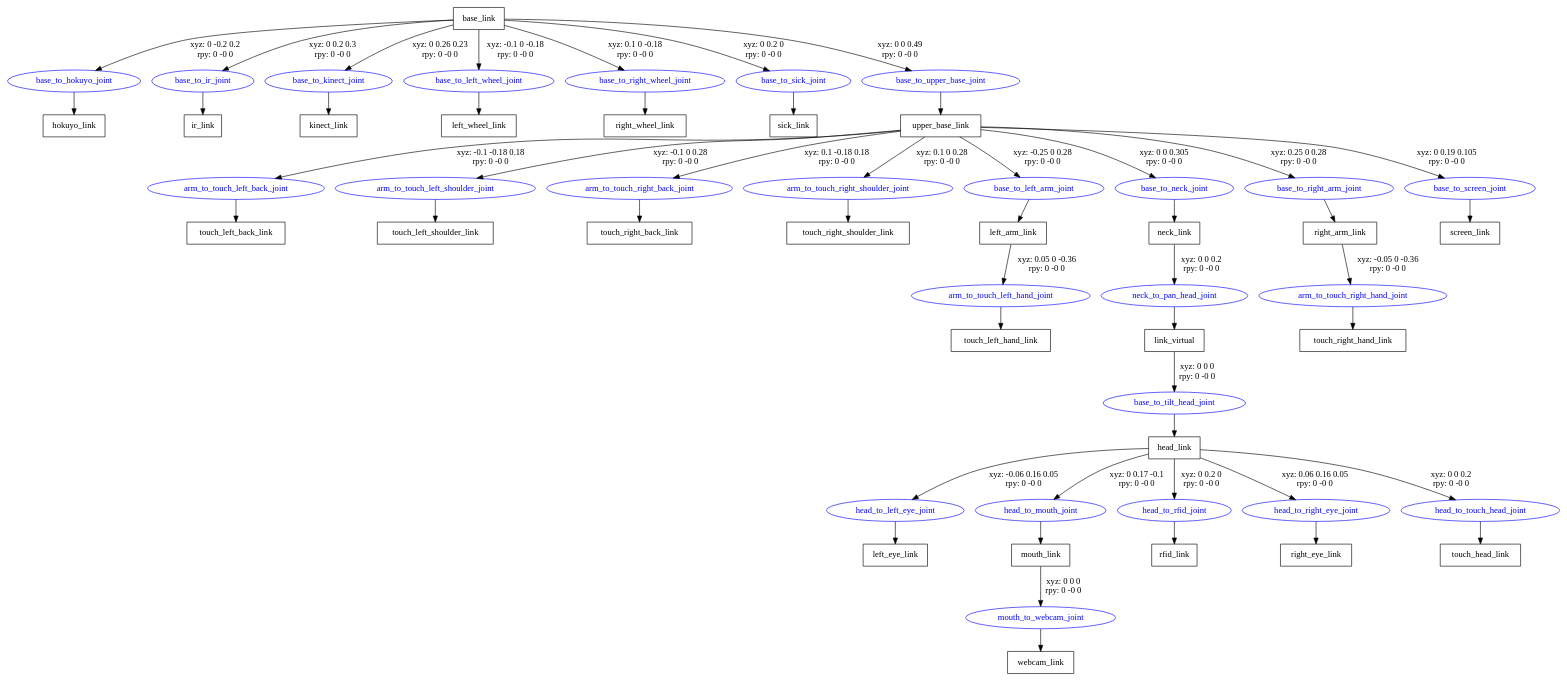
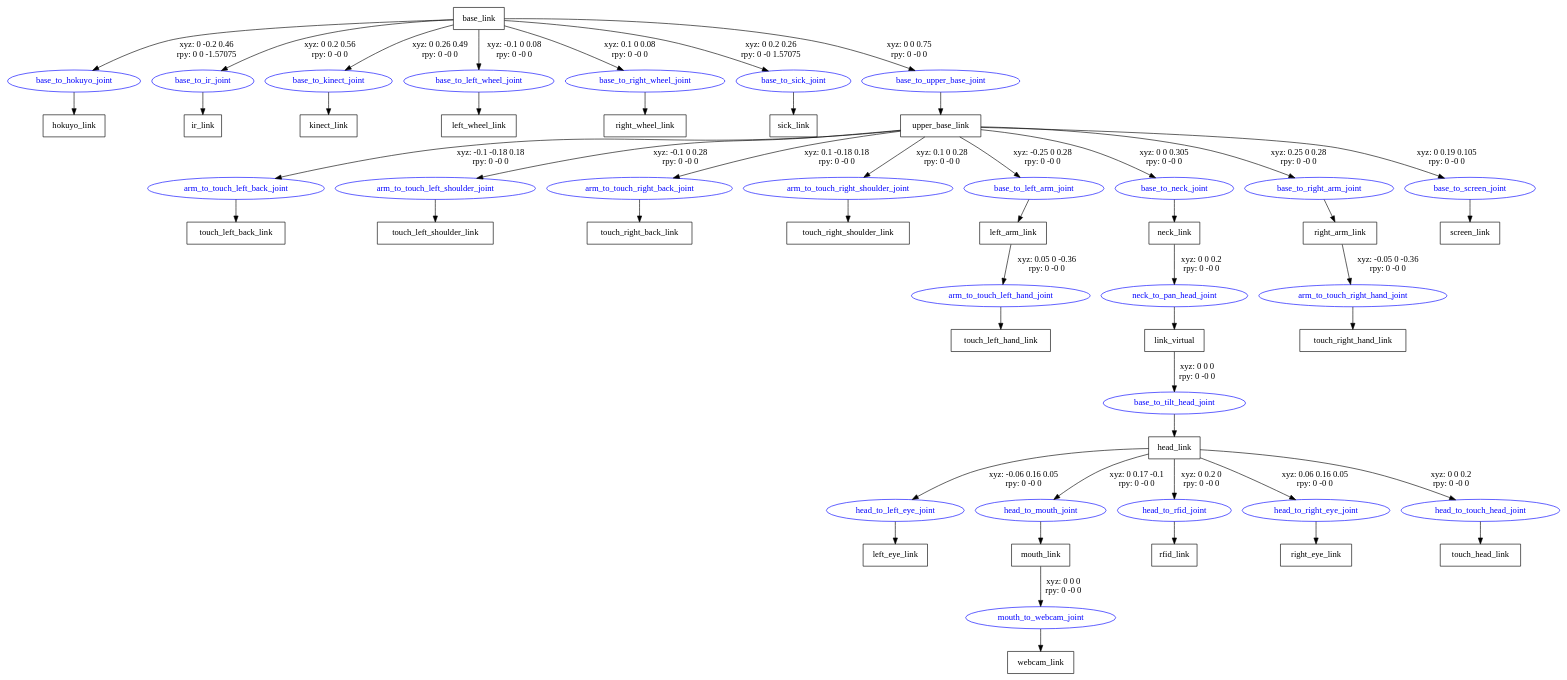
The diagram in maggie_description/tree/maggie.gv (UC3MSocialRobots/maggie_robot), drawn with Graphviz before and after one commit. The commit also changed 1 other file, not shown here.

```diff
--- a/maggie_description/tree/maggie.gv
+++ b/maggie_description/tree/maggie.gv
@@ -1,80 +1,80 @@
 digraph G {
 node [shape=box];
 "base_link" [label="base_link"];
 "hokuyo_link" [label="hokuyo_link"];
 "ir_link" [label="ir_link"];
 "kinect_link" [label="kinect_link"];
 "left_wheel_link" [label="left_wheel_link"];
 "right_wheel_link" [label="right_wheel_link"];
 "sick_link" [label="sick_link"];
 "upper_base_link" [label="upper_base_link"];
 "touch_left_back_link" [label="touch_left_back_link"];
 "touch_left_shoulder_link" [label="touch_left_shoulder_link"];
 "touch_right_back_link" [label="touch_right_back_link"];
 "touch_right_shoulder_link" [label="touch_right_shoulder_link"];
 "left_arm_link" [label="left_arm_link"];
 "touch_left_hand_link" [label="touch_left_hand_link"];
 "neck_link" [label="neck_link"];
 "link_virtual" [label="link_virtual"];
 "head_link" [label="head_link"];
 "left_eye_link" [label="left_eye_link"];
 "mouth_link" [label="mouth_link"];
 "webcam_link" [label="webcam_link"];
 "rfid_link" [label="rfid_link"];
 "right_eye_link" [label="right_eye_link"];
 "touch_head_link" [label="touch_head_link"];
 "right_arm_link" [label="right_arm_link"];
 "touch_right_hand_link" [label="touch_right_hand_link"];
 "screen_link" [label="screen_link"];
 node [shape=ellipse, color=blue, fontcolor=blue];
-"base_link" -> "base_to_hokuyo_joint" [label="xyz: 0 -0.2 0.2 \nrpy: 0 -0 0"]
+"base_link" -> "base_to_hokuyo_joint" [label="xyz: 0 -0.2 0.46 \nrpy: 0 0 -1.57075"]
 "base_to_hokuyo_joint" -> "hokuyo_link"
-"base_link" -> "base_to_ir_joint" [label="xyz: 0 0.2 0.3 \nrpy: 0 -0 0"]
+"base_link" -> "base_to_ir_joint" [label="xyz: 0 0.2 0.56 \nrpy: 0 -0 0"]
 "base_to_ir_joint" -> "ir_link"
-"base_link" -> "base_to_kinect_joint" [label="xyz: 0 0.26 0.23 \nrpy: 0 -0 0"]
+"base_link" -> "base_to_kinect_joint" [label="xyz: 0 0.26 0.49 \nrpy: 0 -0 0"]
 "base_to_kinect_joint" -> "kinect_link"
-"base_link" -> "base_to_left_wheel_joint" [label="xyz: -0.1 0 -0.18 \nrpy: 0 -0 0"]
+"base_link" -> "base_to_left_wheel_joint" [label="xyz: -0.1 0 0.08 \nrpy: 0 -0 0"]
 "base_to_left_wheel_joint" -> "left_wheel_link"
-"base_link" -> "base_to_right_wheel_joint" [label="xyz: 0.1 0 -0.18 \nrpy: 0 -0 0"]
+"base_link" -> "base_to_right_wheel_joint" [label="xyz: 0.1 0 0.08 \nrpy: 0 -0 0"]
 "base_to_right_wheel_joint" -> "right_wheel_link"
-"base_link" -> "base_to_sick_joint" [label="xyz: 0 0.2 0 \nrpy: 0 -0 0"]
+"base_link" -> "base_to_sick_joint" [label="xyz: 0 0.2 0.26 \nrpy: 0 -0 1.57075"]
 "base_to_sick_joint" -> "sick_link"
-"base_link" -> "base_to_upper_base_joint" [label="xyz: 0 0 0.49 \nrpy: 0 -0 0"]
+"base_link" -> "base_to_upper_base_joint" [label="xyz: 0 0 0.75 \nrpy: 0 -0 0"]
 "base_to_upper_base_joint" -> "upper_base_link"
 "upper_base_link" -> "arm_to_touch_left_back_joint" [label="xyz: -0.1 -0.18 0.18 \nrpy: 0 -0 0"]
 "arm_to_touch_left_back_joint" -> "touch_left_back_link"
 "upper_base_link" -> "arm_to_touch_left_shoulder_joint" [label="xyz: -0.1 0 0.28 \nrpy: 0 -0 0"]
 "arm_to_touch_left_shoulder_joint" -> "touch_left_shoulder_link"
 "upper_base_link" -> "arm_to_touch_right_back_joint" [label="xyz: 0.1 -0.18 0.18 \nrpy: 0 -0 0"]
 "arm_to_touch_right_back_joint" -> "touch_right_back_link"
 "upper_base_link" -> "arm_to_touch_right_shoulder_joint" [label="xyz: 0.1 0 0.28 \nrpy: 0 -0 0"]
 "arm_to_touch_right_shoulder_joint" -> "touch_right_shoulder_link"
 "upper_base_link" -> "base_to_left_arm_joint" [label="xyz: -0.25 0 0.28 \nrpy: 0 -0 0"]
 "base_to_left_arm_joint" -> "left_arm_link"
 "left_arm_link" -> "arm_to_touch_left_hand_joint" [label="xyz: 0.05 0 -0.36 \nrpy: 0 -0 0"]
 "arm_to_touch_left_hand_joint" -> "touch_left_hand_link"
 "upper_base_link" -> "base_to_neck_joint" [label="xyz: 0 0 0.305 \nrpy: 0 -0 0"]
 "base_to_neck_joint" -> "neck_link"
 "neck_link" -> "neck_to_pan_head_joint" [label="xyz: 0 0 0.2 \nrpy: 0 -0 0"]
 "neck_to_pan_head_joint" -> "link_virtual"
 "link_virtual" -> "base_to_tilt_head_joint" [label="xyz: 0 0 0 \nrpy: 0 -0 0"]
 "base_to_tilt_head_joint" -> "head_link"
 "head_link" -> "head_to_left_eye_joint" [label="xyz: -0.06 0.16 0.05 \nrpy: 0 -0 0"]
 "head_to_left_eye_joint" -> "left_eye_link"
 "head_link" -> "head_to_mouth_joint" [label="xyz: 0 0.17 -0.1 \nrpy: 0 -0 0"]
 "head_to_mouth_joint" -> "mouth_link"
 "mouth_link" -> "mouth_to_webcam_joint" [label="xyz: 0 0 0 \nrpy: 0 -0 0"]
 "mouth_to_webcam_joint" -> "webcam_link"
 "head_link" -> "head_to_rfid_joint" [label="xyz: 0 0.2 0 \nrpy: 0 -0 0"]
 "head_to_rfid_joint" -> "rfid_link"
 "head_link" -> "head_to_right_eye_joint" [label="xyz: 0.06 0.16 0.05 \nrpy: 0 -0 0"]
 "head_to_right_eye_joint" -> "right_eye_link"
 "head_link" -> "head_to_touch_head_joint" [label="xyz: 0 0 0.2 \nrpy: 0 -0 0"]
 "head_to_touch_head_joint" -> "touch_head_link"
 "upper_base_link" -> "base_to_right_arm_joint" [label="xyz: 0.25 0 0.28 \nrpy: 0 -0 0"]
 "base_to_right_arm_joint" -> "right_arm_link"
 "right_arm_link" -> "arm_to_touch_right_hand_joint" [label="xyz: -0.05 0 -0.36 \nrpy: 0 -0 0"]
 "arm_to_touch_right_hand_joint" -> "touch_right_hand_link"
 "upper_base_link" -> "base_to_screen_joint" [label="xyz: 0 0.19 0.105 \nrpy: 0 -0 0"]
 "base_to_screen_joint" -> "screen_link"
 }
```
